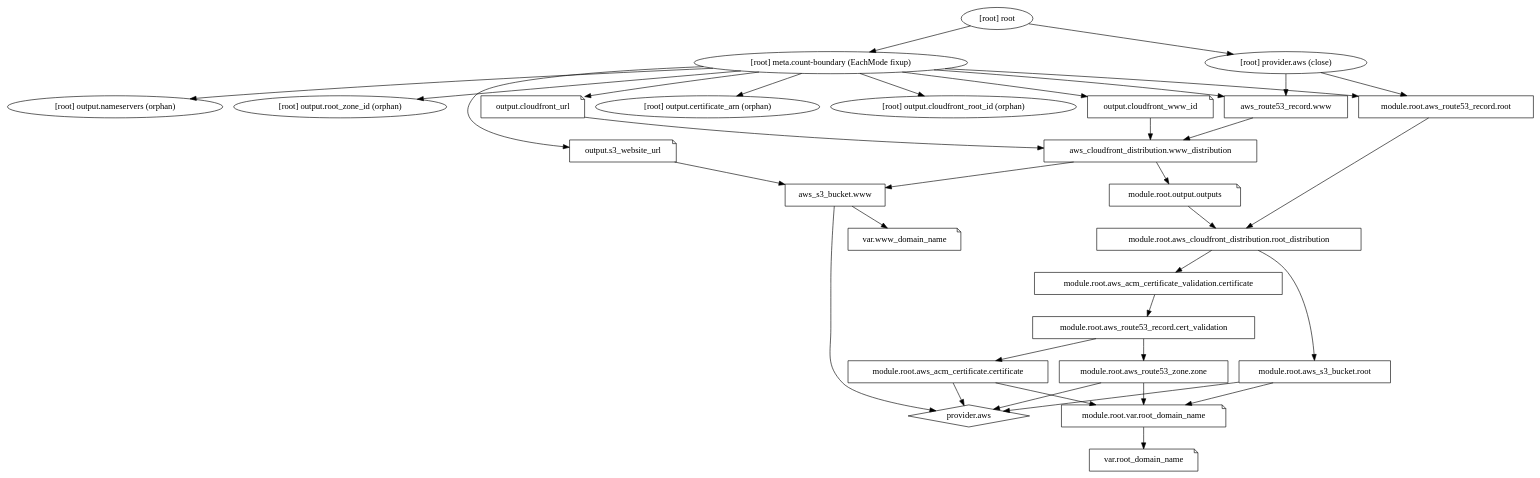
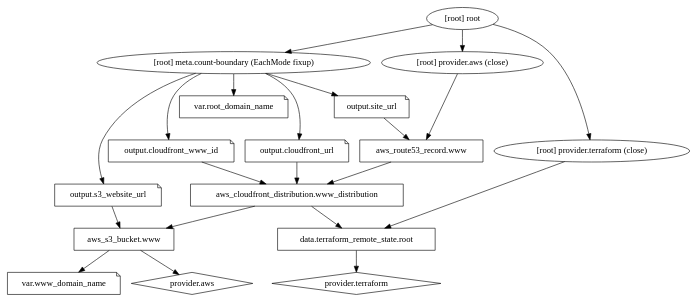
The diagram in infrastructure/graph.dot (grocky/rockygray.com), drawn with Graphviz before and after one commit. The commit also changed 3 other files, not shown here.

Commit message:
extract root domain state and migrate it to github.com/grocky/infrastructure

```diff
--- a/infrastructure/graph.dot
+++ b/infrastructure/graph.dot
@@ -1,59 +1,38 @@
 digraph {
 	compound = "true"
 	newrank = "true"
 	subgraph "root" {
 		"[root] aws_cloudfront_distribution.www_distribution" [label = "aws_cloudfront_distribution.www_distribution", shape = "box"]
 		"[root] aws_route53_record.www" [label = "aws_route53_record.www", shape = "box"]
 		"[root] aws_s3_bucket.www" [label = "aws_s3_bucket.www", shape = "box"]
-		"[root] module.root.aws_acm_certificate.certificate" [label = "module.root.aws_acm_certificate.certificate", shape = "box"]
-		"[root] module.root.aws_acm_certificate_validation.certificate" [label = "module.root.aws_acm_certificate_validation.certificate", shape = "box"]
-		"[root] module.root.aws_cloudfront_distribution.root_distribution" [label = "module.root.aws_cloudfront_distribution.root_distribution", shape = "box"]
-		"[root] module.root.aws_route53_record.cert_validation" [label = "module.root.aws_route53_record.cert_validation", shape = "box"]
-		"[root] module.root.aws_route53_record.root" [label = "module.root.aws_route53_record.root", shape = "box"]
-		"[root] module.root.aws_route53_zone.zone" [label = "module.root.aws_route53_zone.zone", shape = "box"]
-		"[root] module.root.aws_s3_bucket.root" [label = "module.root.aws_s3_bucket.root", shape = "box"]
-		"[root] module.root.output.outputs" [label = "module.root.output.outputs", shape = "note"]
-		"[root] module.root.var.root_domain_name" [label = "module.root.var.root_domain_name", shape = "note"]
+		"[root] data.terraform_remote_state.root" [label = "data.terraform_remote_state.root", shape = "box"]
 		"[root] output.cloudfront_url" [label = "output.cloudfront_url", shape = "note"]
 		"[root] output.cloudfront_www_id" [label = "output.cloudfront_www_id", shape = "note"]
 		"[root] output.s3_website_url" [label = "output.s3_website_url", shape = "note"]
+		"[root] output.site_url" [label = "output.site_url", shape = "note"]
 		"[root] provider.aws" [label = "provider.aws", shape = "diamond"]
+		"[root] provider.terraform" [label = "provider.terraform", shape = "diamond"]
 		"[root] var.root_domain_name" [label = "var.root_domain_name", shape = "note"]
 		"[root] var.www_domain_name" [label = "var.www_domain_name", shape = "note"]
 		"[root] aws_cloudfront_distribution.www_distribution" -> "[root] aws_s3_bucket.www"
-		"[root] aws_cloudfront_distribution.www_distribution" -> "[root] module.root.output.outputs"
+		"[root] aws_cloudfront_distribution.www_distribution" -> "[root] data.terraform_remote_state.root"
 		"[root] aws_route53_record.www" -> "[root] aws_cloudfront_distribution.www_distribution"
 		"[root] aws_s3_bucket.www" -> "[root] provider.aws"
 		"[root] aws_s3_bucket.www" -> "[root] var.www_domain_name"
-		"[root] meta.count-boundary (EachMode fixup)" -> "[root] aws_route53_record.www"
-		"[root] meta.count-boundary (EachMode fixup)" -> "[root] module.root.aws_route53_record.root"
-		"[root] meta.count-boundary (EachMode fixup)" -> "[root] output.certificate_arn (orphan)"
-		"[root] meta.count-boundary (EachMode fixup)" -> "[root] output.cloudfront_root_id (orphan)"
+		"[root] data.terraform_remote_state.root" -> "[root] provider.terraform"
 		"[root] meta.count-boundary (EachMode fixup)" -> "[root] output.cloudfront_url"
 		"[root] meta.count-boundary (EachMode fixup)" -> "[root] output.cloudfront_www_id"
-		"[root] meta.count-boundary (EachMode fixup)" -> "[root] output.nameservers (orphan)"
-		"[root] meta.count-boundary (EachMode fixup)" -> "[root] output.root_zone_id (orphan)"
 		"[root] meta.count-boundary (EachMode fixup)" -> "[root] output.s3_website_url"
-		"[root] module.root.aws_acm_certificate.certificate" -> "[root] module.root.var.root_domain_name"
-		"[root] module.root.aws_acm_certificate.certificate" -> "[root] provider.aws"
-		"[root] module.root.aws_acm_certificate_validation.certificate" -> "[root] module.root.aws_route53_record.cert_validation"
-		"[root] module.root.aws_cloudfront_distribution.root_distribution" -> "[root] module.root.aws_acm_certificate_validation.certificate"
-		"[root] module.root.aws_cloudfront_distribution.root_distribution" -> "[root] module.root.aws_s3_bucket.root"
-		"[root] module.root.aws_route53_record.cert_validation" -> "[root] module.root.aws_acm_certificate.certificate"
-		"[root] module.root.aws_route53_record.cert_validation" -> "[root] module.root.aws_route53_zone.zone"
-		"[root] module.root.aws_route53_record.root" -> "[root] module.root.aws_cloudfront_distribution.root_distribution"
-		"[root] module.root.aws_route53_zone.zone" -> "[root] module.root.var.root_domain_name"
-		"[root] module.root.aws_route53_zone.zone" -> "[root] provider.aws"
-		"[root] module.root.aws_s3_bucket.root" -> "[root] module.root.var.root_domain_name"
-		"[root] module.root.aws_s3_bucket.root" -> "[root] provider.aws"
-		"[root] module.root.output.outputs" -> "[root] module.root.aws_cloudfront_distribution.root_distribution"
-		"[root] module.root.var.root_domain_name" -> "[root] var.root_domain_name"
+		"[root] meta.count-boundary (EachMode fixup)" -> "[root] output.site_url"
+		"[root] meta.count-boundary (EachMode fixup)" -> "[root] var.root_domain_name"
 		"[root] output.cloudfront_url" -> "[root] aws_cloudfront_distribution.www_distribution"
 		"[root] output.cloudfront_www_id" -> "[root] aws_cloudfront_distribution.www_distribution"
 		"[root] output.s3_website_url" -> "[root] aws_s3_bucket.www"
+		"[root] output.site_url" -> "[root] aws_route53_record.www"
 		"[root] provider.aws (close)" -> "[root] aws_route53_record.www"
-		"[root] provider.aws (close)" -> "[root] module.root.aws_route53_record.root"
+		"[root] provider.terraform (close)" -> "[root] data.terraform_remote_state.root"
 		"[root] root" -> "[root] meta.count-boundary (EachMode fixup)"
 		"[root] root" -> "[root] provider.aws (close)"
+		"[root] root" -> "[root] provider.terraform (close)"
 	}
 }
```
